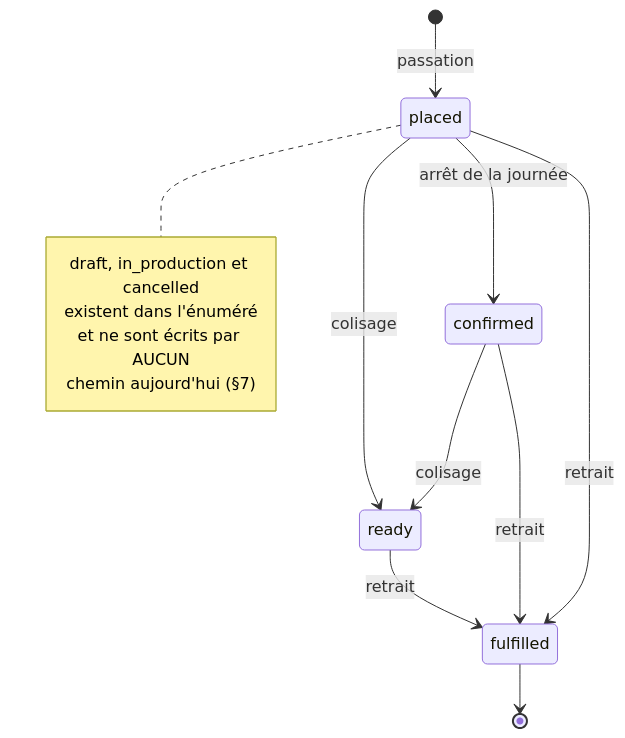
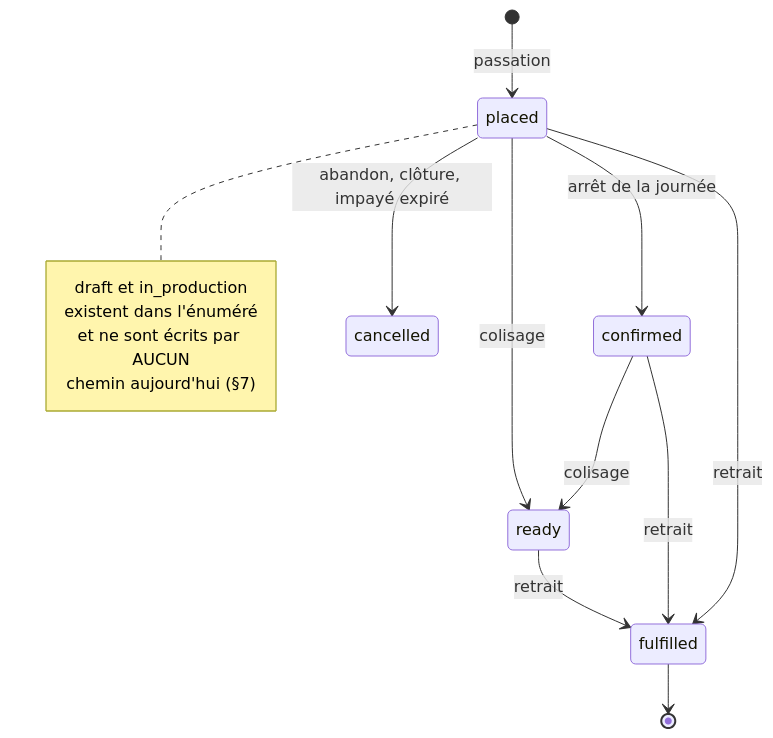
One commit to hugoheynard/lfd changed the fourth of 5 diagrams in documentation/order/architecture-ce-que-porte-la-commande.md. Above: the diagram before and after it, drawn with Mermaid. The commit also changed other lines of this file and 1 other file, not shown here.

````diff
--- a/documentation/order/architecture-ce-que-porte-la-commande.md
+++ b/documentation/order/architecture-ce-que-porte-la-commande.md
@@ -244,17 +253,18 @@
 ```mermaid
 stateDiagram-v2
     [*] --> placed: passation
     placed --> confirmed: arrêt de la journée
     placed --> ready: colisage
     confirmed --> ready: colisage
     ready --> fulfilled: retrait
     confirmed --> fulfilled: retrait
     placed --> fulfilled: retrait
     fulfilled --> [*]
+    placed --> cancelled: abandon, clôture, impayé expiré
     note right of placed
-        draft, in_production et cancelled
+        draft et in_production
         existent dans l'énuméré
         et ne sont écrits par AUCUN
         chemin aujourd'hui (§7)
     end note
 ```
````
